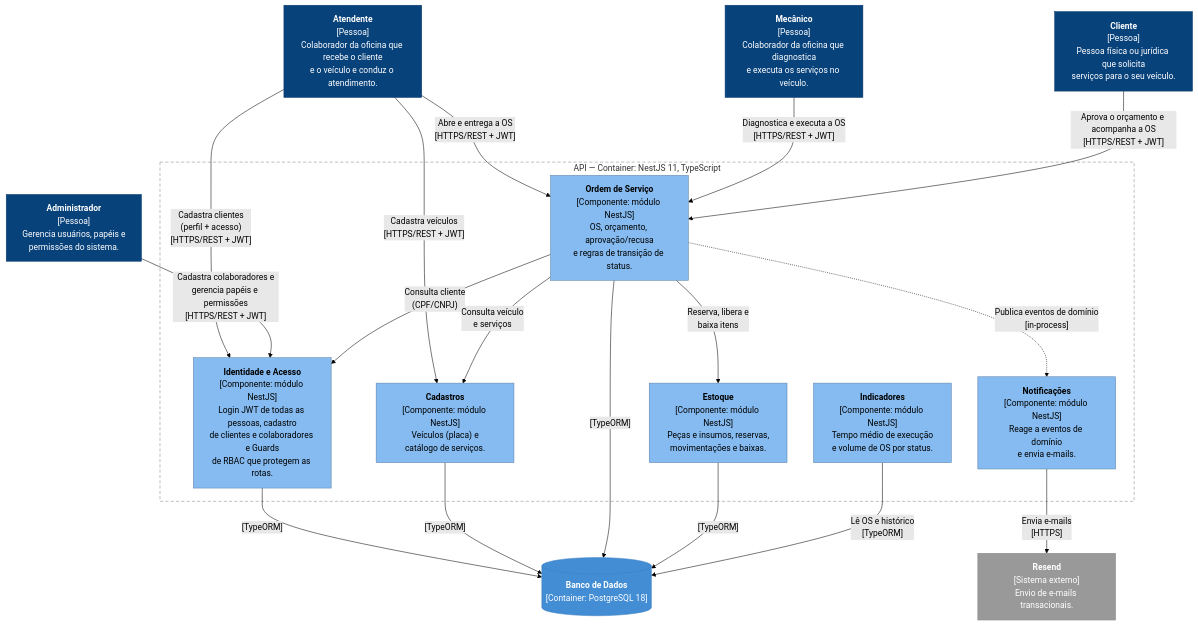
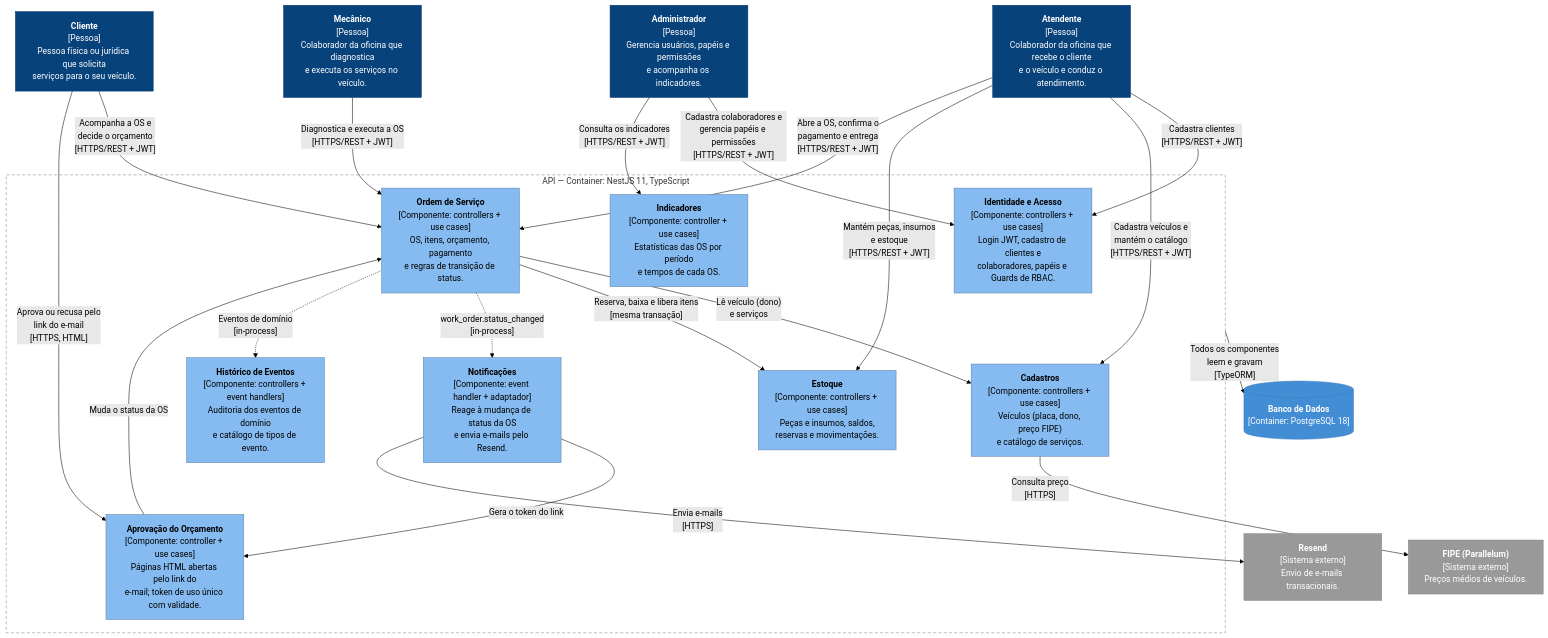
Before and after one commit to Room-9-Devs/tech-challenge-1: the diagram in docs/c4/03-component.md, drawn with Mermaid (forest theme). The commit also changed other lines of this file and 9 other files, not shown here.

````diff
--- a/docs/c4/03-component.md
+++ b/docs/c4/03-component.md
@@ -7,48 +5,53 @@
 ```mermaid
 flowchart TB
   atendente["<b>Atendente</b><br/>[Pessoa]<br/>Colaborador da oficina que recebe o cliente<br/>e o veículo e conduz o atendimento."]
   mecanico["<b>Mecânico</b><br/>[Pessoa]<br/>Colaborador da oficina que diagnostica<br/>e executa os serviços no veículo."]
-  admin["<b>Administrador</b><br/>[Pessoa]<br/>Gerencia usuários, papéis e<br/>permissões do sistema."]
+  admin["<b>Administrador</b><br/>[Pessoa]<br/>Gerencia usuários, papéis e permissões<br/>e acompanha os indicadores."]
   cliente["<b>Cliente</b><br/>[Pessoa]<br/>Pessoa física ou jurídica que solicita<br/>serviços para o seu veículo."]
 
   subgraph api["API — Container: NestJS 11, TypeScript"]
-    auth["<b>Identidade e Acesso</b><br/>[Componente: módulo NestJS]<br/>Login JWT de todas as pessoas, cadastro<br/>de clientes e colaboradores e Guards<br/>de RBAC que protegem as rotas."]
-    cadastros["<b>Cadastros</b><br/>[Componente: módulo NestJS]<br/>Veículos (placa) e<br/>catálogo de serviços."]
-    os["<b>Ordem de Serviço</b><br/>[Componente: módulo NestJS]<br/>OS, orçamento, aprovação/recusa<br/>e regras de transição de status."]
-    estoque["<b>Estoque</b><br/>[Componente: módulo NestJS]<br/>Peças e insumos, reservas,<br/>movimentações e baixas."]
-    notif["<b>Notificações</b><br/>[Componente: módulo NestJS]<br/>Reage a eventos de domínio<br/>e envia e-mails."]
-    indic["<b>Indicadores</b><br/>[Componente: módulo NestJS]<br/>Tempo médio de execução<br/>e volume de OS por status."]
+    auth["<b>Identidade e Acesso</b><br/>[Componente: controllers + use cases]<br/>Login JWT, cadastro de clientes e<br/>colaboradores, papéis e Guards de RBAC."]
+    cadastros["<b>Cadastros</b><br/>[Componente: controllers + use cases]<br/>Veículos (placa, dono, preço FIPE)<br/>e catálogo de serviços."]
+    os["<b>Ordem de Serviço</b><br/>[Componente: controllers + use cases]<br/>OS, itens, orçamento, pagamento<br/>e regras de transição de status."]
+    aprov["<b>Aprovação do Orçamento</b><br/>[Componente: controller + use cases]<br/>Páginas HTML abertas pelo link do<br/>e-mail; token de uso único com validade."]
+    estoque["<b>Estoque</b><br/>[Componente: controllers + use cases]<br/>Peças e insumos, saldos,<br/>reservas e movimentações."]
+    notif["<b>Notificações</b><br/>[Componente: event handler + adaptador]<br/>Reage à mudança de status da OS<br/>e envia e-mails pelo Resend."]
+    hist["<b>Histórico de Eventos</b><br/>[Componente: controllers + event handlers]<br/>Auditoria dos eventos de domínio<br/>e catálogo de tipos de evento."]
+    indic["<b>Indicadores</b><br/>[Componente: controller + use cases]<br/>Estatísticas das OS por período<br/>e tempos de cada OS."]
   end
 
   db[("<b>Banco de Dados</b><br/>[Container: PostgreSQL 18]")]
   resend["<b>Resend</b><br/>[Sistema externo]<br/>Envio de e-mails transacionais."]
+  fipe["<b>FIPE (Parallelum)</b><br/>[Sistema externo]<br/>Preços médios de veículos."]
 
-  atendente -->|"Cadastra clientes<br/>(perfil + acesso)<br/>[HTTPS/REST + JWT]"| auth
-  atendente -->|"Cadastra veículos<br/>[HTTPS/REST + JWT]"| cadastros
-  atendente -->|"Abre e entrega a OS<br/>[HTTPS/REST + JWT]"| os
+  atendente -->|"Cadastra clientes<br/>[HTTPS/REST + JWT]"| auth
+  atendente -->|"Cadastra veículos e<br/>mantém o catálogo<br/>[HTTPS/REST + JWT]"| cadastros
+  atendente -->|"Mantém peças, insumos<br/>e estoque<br/>[HTTPS/REST + JWT]"| estoque
+  atendente -->|"Abre a OS, confirma o<br/>pagamento e entrega<br/>[HTTPS/REST + JWT]"| os
   mecanico -->|"Diagnostica e executa a OS<br/>[HTTPS/REST + JWT]"| os
   admin -->|"Cadastra colaboradores e<br/>gerencia papéis e permissões<br/>[HTTPS/REST + JWT]"| auth
-  cliente -->|"Aprova o orçamento e acompanha a OS<br/>[HTTPS/REST + JWT]"| os
+  admin -->|"Consulta os indicadores<br/>[HTTPS/REST + JWT]"| indic
+  cliente -->|"Acompanha a OS e<br/>decide o orçamento<br/>[HTTPS/REST + JWT]"| os
+  cliente -->|"Aprova ou recusa pelo<br/>link do e-mail<br/>[HTTPS, HTML]"| aprov
 
-  os -->|"Consulta cliente<br/>(CPF/CNPJ)"| auth
-  os -->|"Consulta veículo<br/>e serviços"| cadastros
-  os -->|"Reserva, libera e<br/>baixa itens"| estoque
-  os -.->|"Publica eventos de domínio<br/>[in-process]"| notif
+  aprov -->|"Muda o status da OS"| os
+  os -->|"Lê veículo (dono)<br/>e serviços"| cadastros
+  os -->|"Reserva, baixa e libera itens<br/>[mesma transação]"| estoque
+  os -.->|"work_order.status_changed<br/>[in-process]"| notif
+  os -.->|"Eventos de domínio<br/>[in-process]"| hist
+  notif -->|"Gera o token do link"| aprov
   notif -->|"Envia e-mails<br/>[HTTPS]"| resend
+  cadastros -->|"Consulta preço<br/>[HTTPS]"| fipe
 
-  auth -->|"[TypeORM]"| db
-  cadastros -->|"[TypeORM]"| db
-  os -->|"[TypeORM]"| db
-  estoque -->|"[TypeORM]"| db
-  indic -->|"Lê OS e histórico<br/>[TypeORM]"| db
+  api -->|"Todos os componentes<br/>leem e gravam<br/>[TypeORM]"| db
 
   classDef person fill:#08427b,stroke:#073b6f,color:#fff
   classDef component fill:#85bbf0,stroke:#5d82a8,color:#000
   classDef container fill:#438dd5,stroke:#3c7fc0,color:#fff
   classDef external fill:#999999,stroke:#8a8a8a,color:#fff
   class atendente,mecanico,admin,cliente person
-  class auth,cadastros,os,estoque,notif,indic component
+  class auth,cadastros,os,aprov,estoque,notif,hist,indic component
   class db container
-  class resend external
+  class resend,fipe external
   style api fill:none,stroke:#888,stroke-dasharray:6 4
 ```
````
